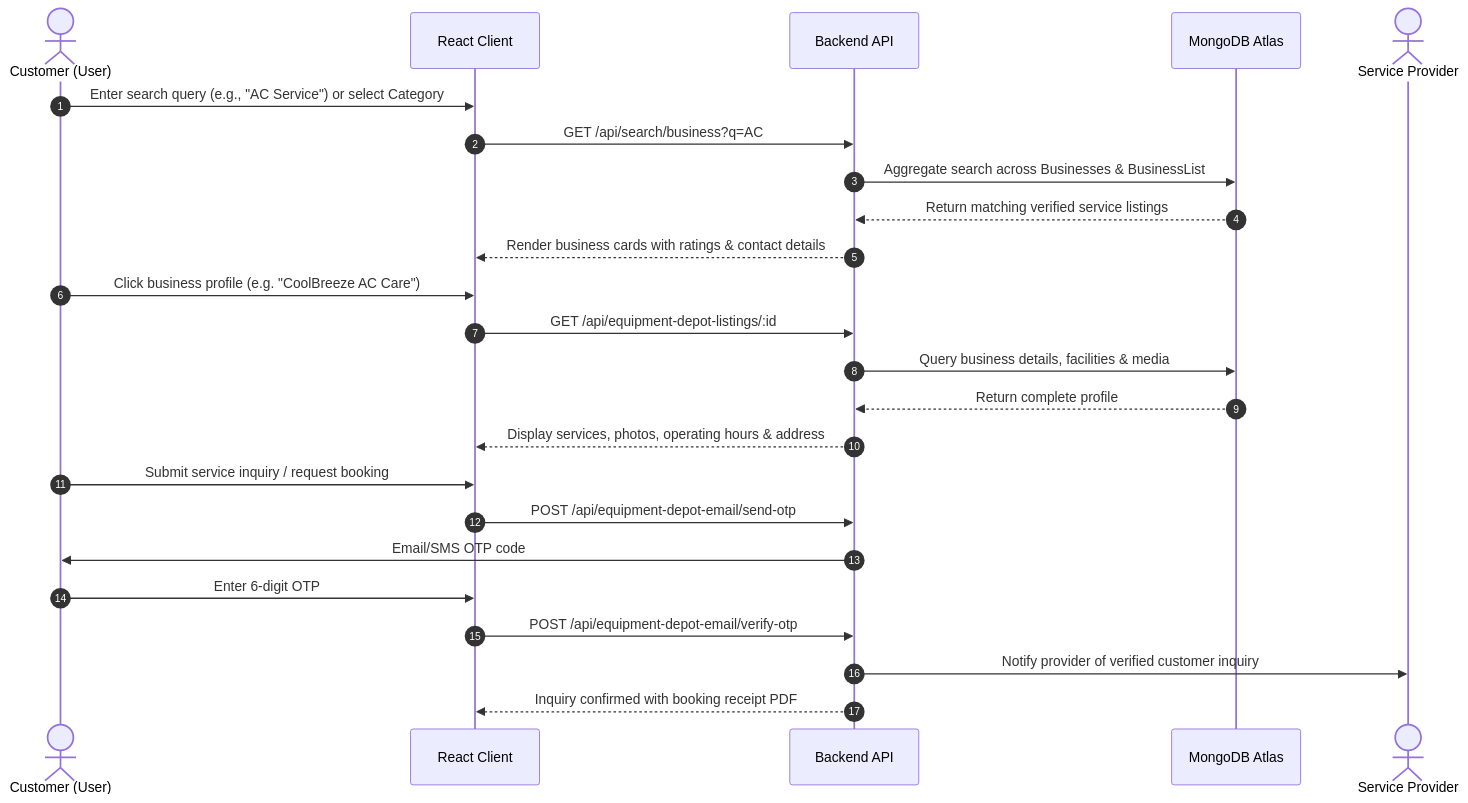
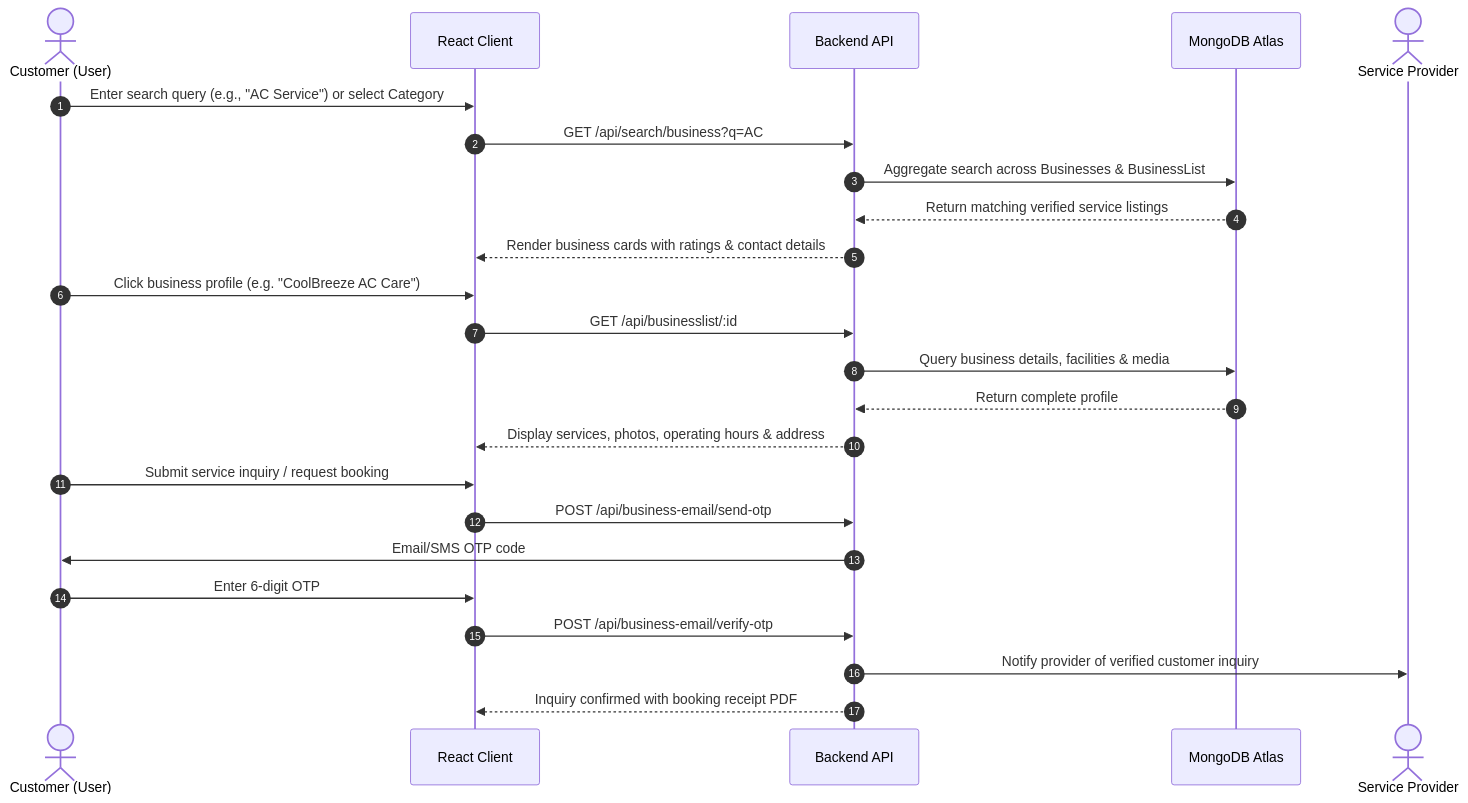
The second of 4 diagrams in README.md (muthukumar9360/Servizhub), drawn with Mermaid before and after one commit. The commit also changed other lines of this file and 112 other files, not shown here.

````diff
--- a/README.md
+++ b/README.md
@@ -130,27 +130,27 @@
 ```mermaid
 sequenceDiagram
     autonumber
     actor Customer as Customer (User)
     participant Frontend as React Client
     participant API as Backend API
     participant DB as MongoDB Atlas
     actor Provider as Service Provider
 
     Customer->>Frontend: Enter search query (e.g., "AC Service") or select Category
     Frontend->>API: GET /api/search/business?q=AC
     API->>DB: Aggregate search across Businesses & BusinessList
     DB-->>API: Return matching verified service listings
     API-->>Frontend: Render business cards with ratings & contact details
     Customer->>Frontend: Click business profile (e.g. "CoolBreeze AC Care")
-    Frontend->>API: GET /api/equipment-depot-listings/:id
+    Frontend->>API: GET /api/businesslist/:id
     API->>DB: Query business details, facilities & media
     DB-->>API: Return complete profile
     API-->>Frontend: Display services, photos, operating hours & address
     Customer->>Frontend: Submit service inquiry / request booking
-    Frontend->>API: POST /api/equipment-depot-email/send-otp
+    Frontend->>API: POST /api/business-email/send-otp
     API->>Customer: Email/SMS OTP code
     Customer->>Frontend: Enter 6-digit OTP
-    Frontend->>API: POST /api/equipment-depot-email/verify-otp
+    Frontend->>API: POST /api/business-email/verify-otp
     API->>Provider: Notify provider of verified customer inquiry
     API-->>Frontend: Inquiry confirmed with booking receipt PDF
 ```
````
